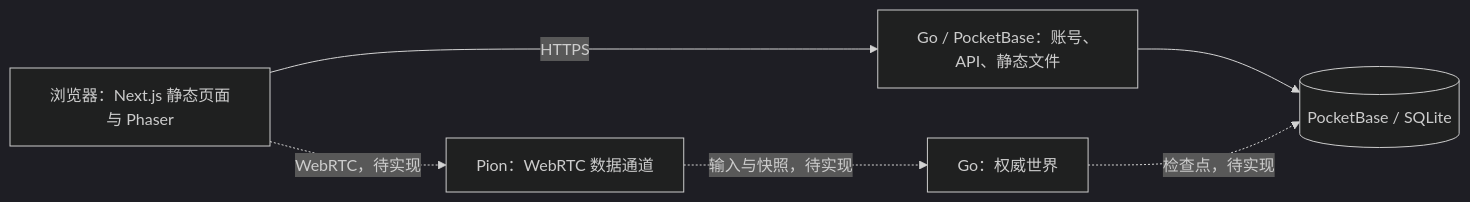
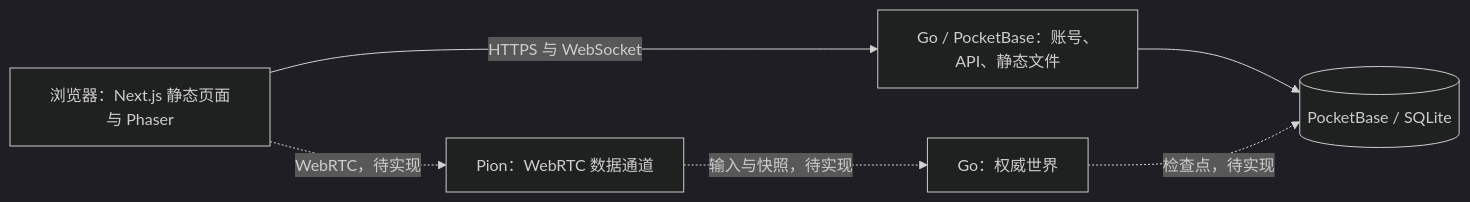
Before and after one commit to saurlax/dlut-online: the diagram in spec/README.md, drawn with Mermaid (dark theme). The commit also changed other lines of this file and 14 other files, not shown here.

````diff
--- a/spec/README.md
+++ b/spec/README.md
@@ -9,13 +9,13 @@
 ```mermaid
 flowchart LR
   Browser[浏览器：Next.js 静态页面与 Phaser]
   HTTP[Go / PocketBase：账号、API、静态文件]
   RTC[Pion：WebRTC 数据通道]
   World[Go：权威世界]
   DB[(PocketBase / SQLite)]
-  Browser -->|HTTPS| HTTP
+  Browser -->|HTTPS 与 WebSocket| HTTP
   Browser -. WebRTC，待实现 .-> RTC
   RTC -. 输入与快照，待实现 .-> World
   HTTP --> DB
   World -. 检查点，待实现 .-> DB
 ```
````
